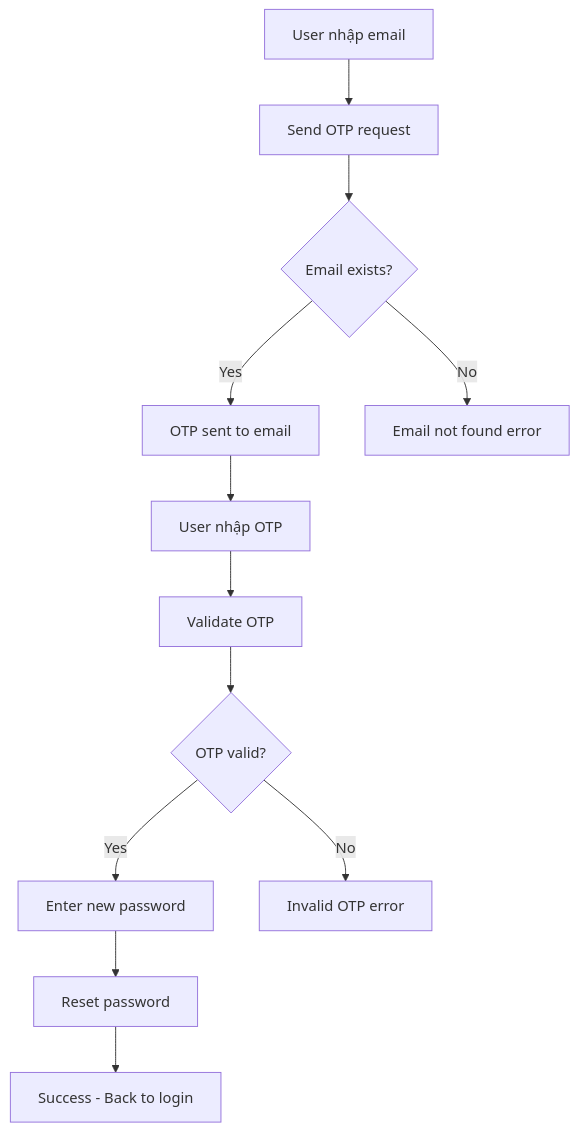
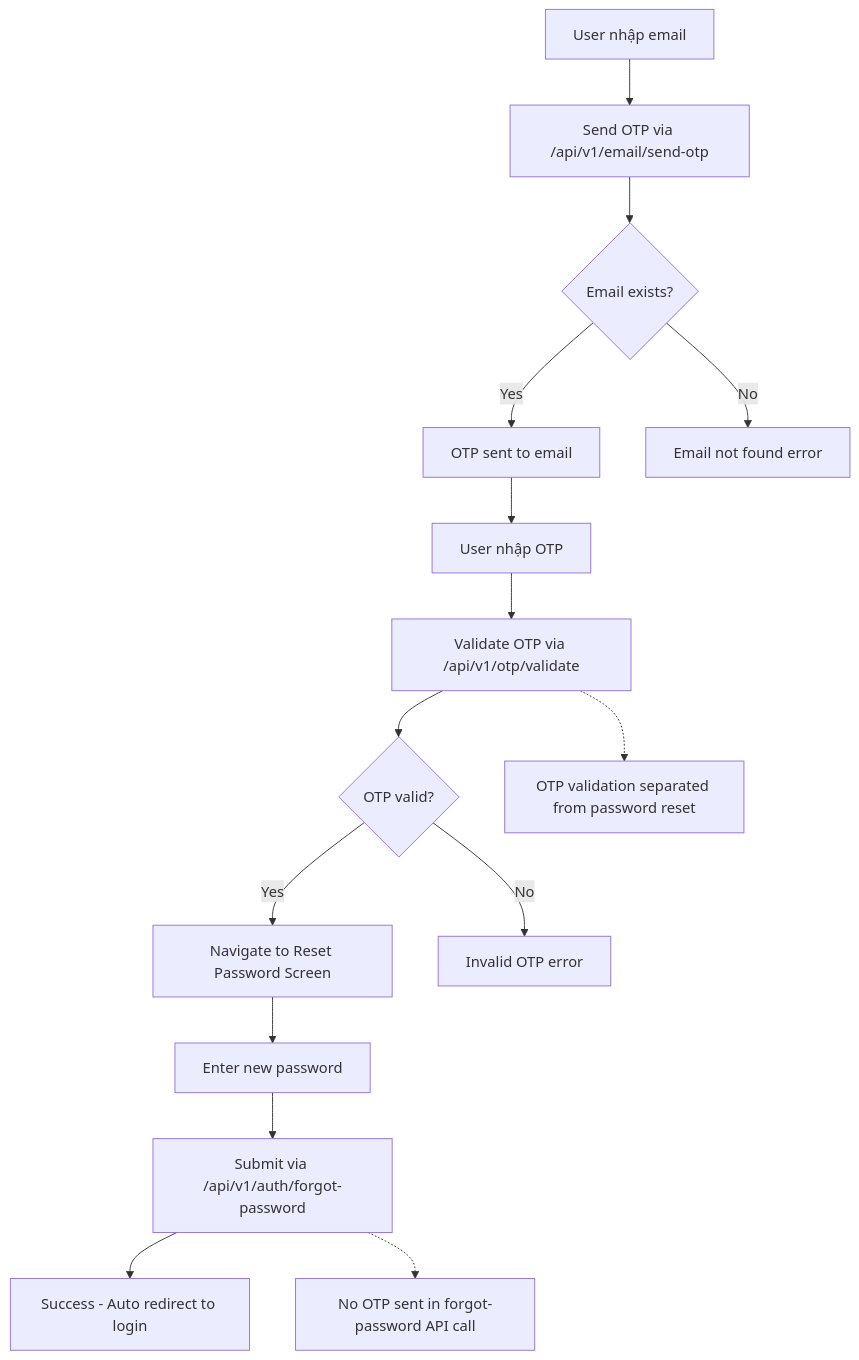
The third of 3 diagrams in docs/features/AUTHENTICATION.md (EzyFixApp/EzyFix.reactnative), drawn with Mermaid before and after one commit. The commit also changed other lines of this file and 20 other files, not shown here.

Commit message:
connect successfully api login, register. API forgot is comming soon

````diff
--- a/docs/features/AUTHENTICATION.md
+++ b/docs/features/AUTHENTICATION.md
@@ -109,14 +127,20 @@
 ```mermaid
 graph TD
-    A[User nhập email] --> B[Send OTP request]
+    A[User nhập email] --> B[Send OTP via /api/v1/email/send-otp]
     B --> C{Email exists?}
     C -->|Yes| D[OTP sent to email]
     C -->|No| E[Email not found error]
     D --> F[User nhập OTP]
-    F --> G[Validate OTP]
+    F --> G[Validate OTP via /api/v1/otp/validate]
     G --> H{OTP valid?}
-    H -->|Yes| I[Enter new password]
+    H -->|Yes| I[Navigate to Reset Password Screen]
     H -->|No| J[Invalid OTP error]
-    I --> K[Reset password]
-    K --> L[Success - Back to login]
+    I --> K[Enter new password]
+    K --> L[Submit via /api/v1/auth/forgot-password]
+    L --> M[Success - Auto redirect to login]
+    
+    Note1[OTP validation separated from password reset]
+    Note2[No OTP sent in forgot-password API call]
+    G -.-> Note1
+    L -.-> Note2
 ```
````
